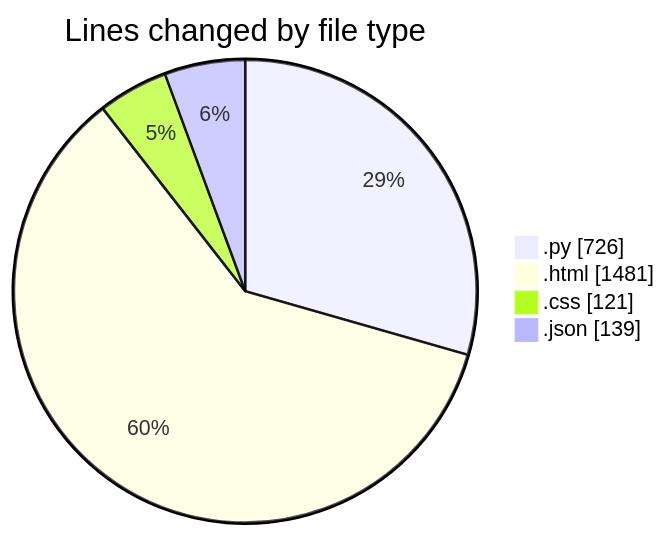
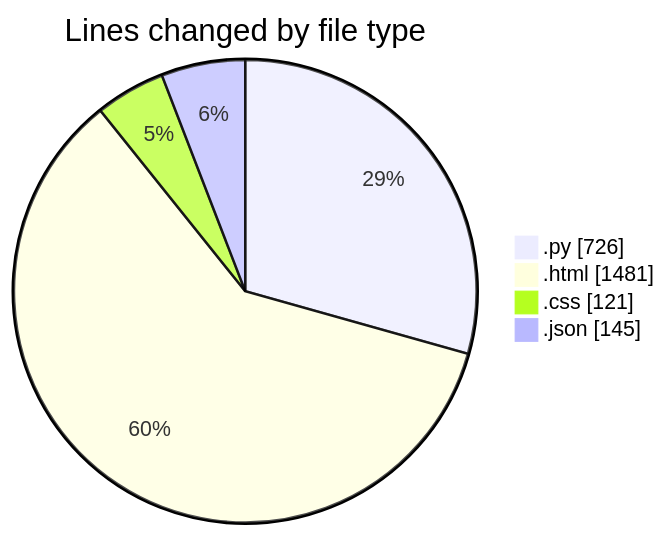
Before and after one commit to Elitesun/code-tracking: the first of 2 diagrams in 2025-01-31/flask/README.md, drawn with Mermaid. The commit also changed other lines of this file and 1 other file, not shown here.

````diff
--- a/2025-01-31/flask/README.md
+++ b/2025-01-31/flask/README.md
@@ -27,8 +27,8 @@
 ```mermaid
 pie showData
 title Lines changed by file type
 ".py" : 726
 ".html" : 1481
 ".css" : 121
-".json" : 139
+".json" : 145
 ```
````
